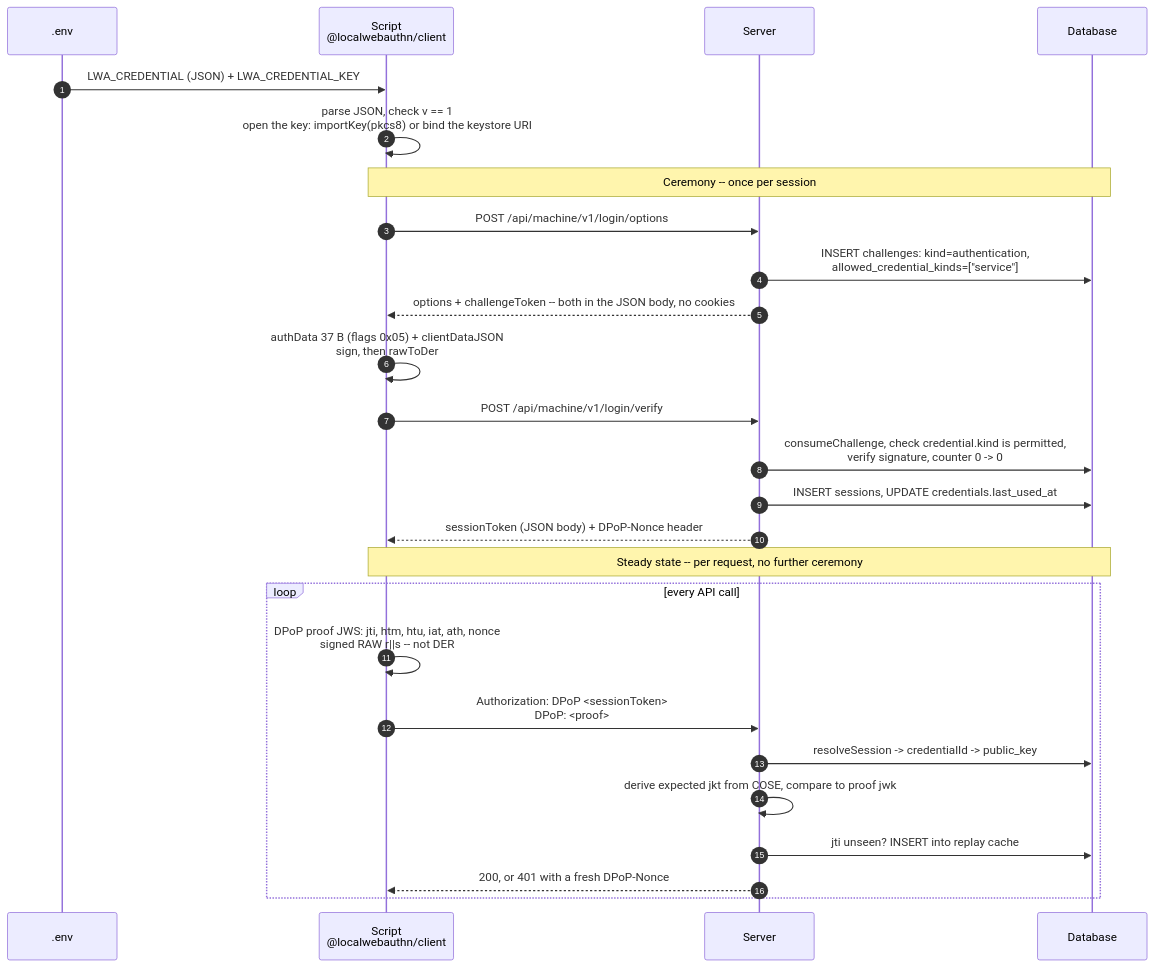
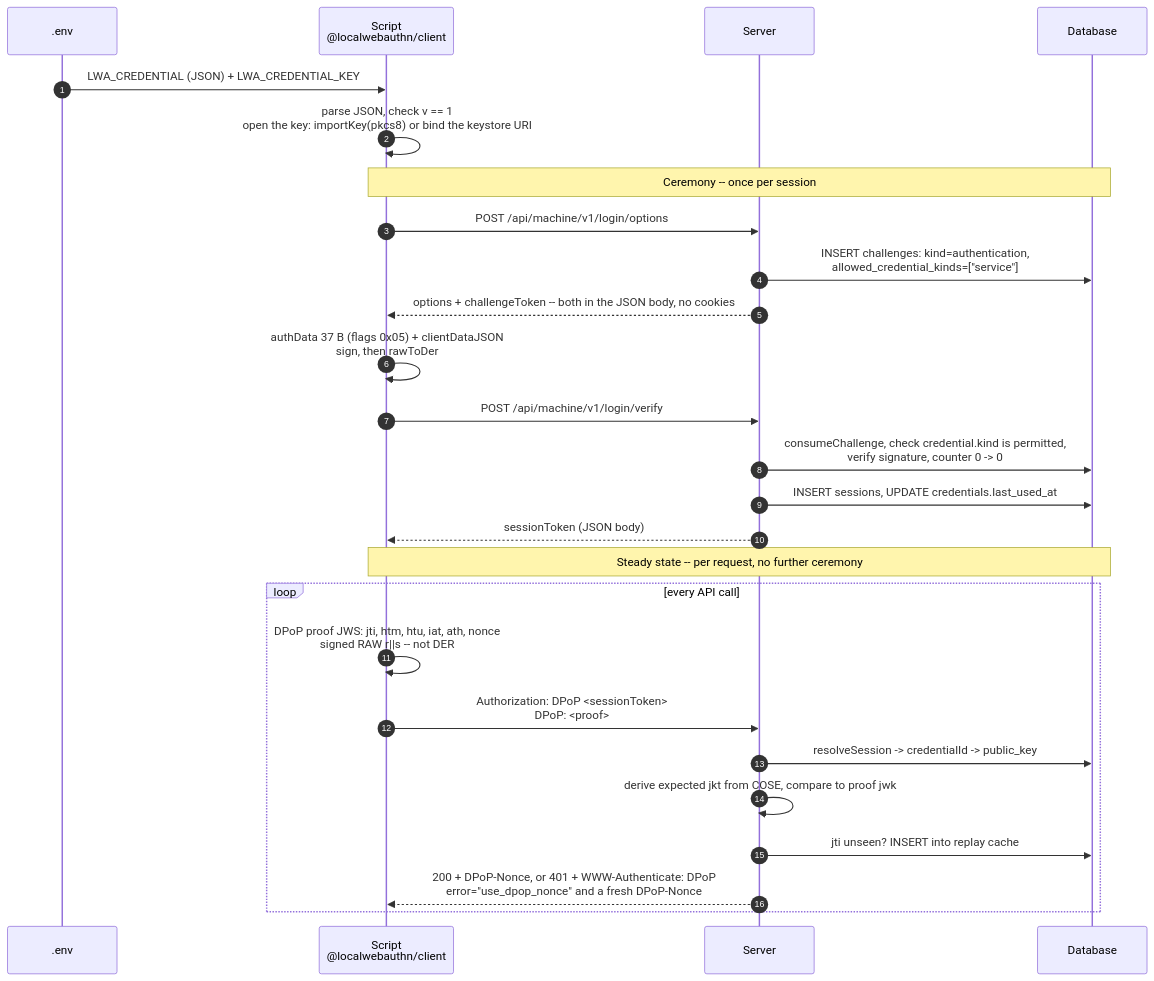
One commit to LocalWebAuthn/LocalWebAuthn changed the fourth of 6 diagrams in docs/API-AUTH.org. Above: the diagram before and after it, drawn with Mermaid. The commit also changed other lines of this file and 3 other files, not shown here.

```diff
--- a/docs/API-AUTH.org
+++ b/docs/API-AUTH.org
@@ -558,33 +598,33 @@
 #+BEGIN_SRC mermaid :file ./images/api-auth-session.png
 sequenceDiagram
   autonumber
   participant EV as .env
   participant CL as Script<br/>@localwebauthn/client
   participant SV as Server
   participant DB as Database
 
   EV->>CL: LWA_CREDENTIAL (JSON) + LWA_CREDENTIAL_KEY
   CL->>CL: parse JSON, check v == 1<br/>open the key: importKey(pkcs8) or bind the keystore URI
 
   Note over CL,DB: Ceremony -- once per session
 
   CL->>SV: POST /api/machine/v1/login/options
   SV->>DB: INSERT challenges: kind=authentication,<br/>allowed_credential_kinds=["service"]
   SV-->>CL: options + challengeToken -- both in the JSON body, no cookies
   CL->>CL: authData 37 B (flags 0x05) + clientDataJSON<br/>sign, then rawToDer
   CL->>SV: POST /api/machine/v1/login/verify
   SV->>DB: consumeChallenge, check credential.kind is permitted,<br/>verify signature, counter 0 -> 0
   SV->>DB: INSERT sessions, UPDATE credentials.last_used_at
-  SV-->>CL: sessionToken (JSON body) + DPoP-Nonce header
+  SV-->>CL: sessionToken (JSON body)
 
   Note over CL,DB: Steady state -- per request, no further ceremony
 
   loop every API call
     CL->>CL: DPoP proof JWS: jti, htm, htu, iat, ath, nonce<br/>signed RAW r||s -- not DER
     CL->>SV: Authorization: DPoP <sessionToken><br/>DPoP: <proof>
     SV->>DB: resolveSession -> credentialId -> public_key
     SV->>SV: derive expected jkt from COSE, compare to proof jwk
     SV->>DB: jti unseen? INSERT into replay cache
-    SV-->>CL: 200, or 401 with a fresh DPoP-Nonce
+    SV-->>CL: 200 + DPoP-Nonce, or 401 + WWW-Authenticate: DPoP<br/>error="use_dpop_nonce" and a fresh DPoP-Nonce
   end
 #+END_SRC
```
